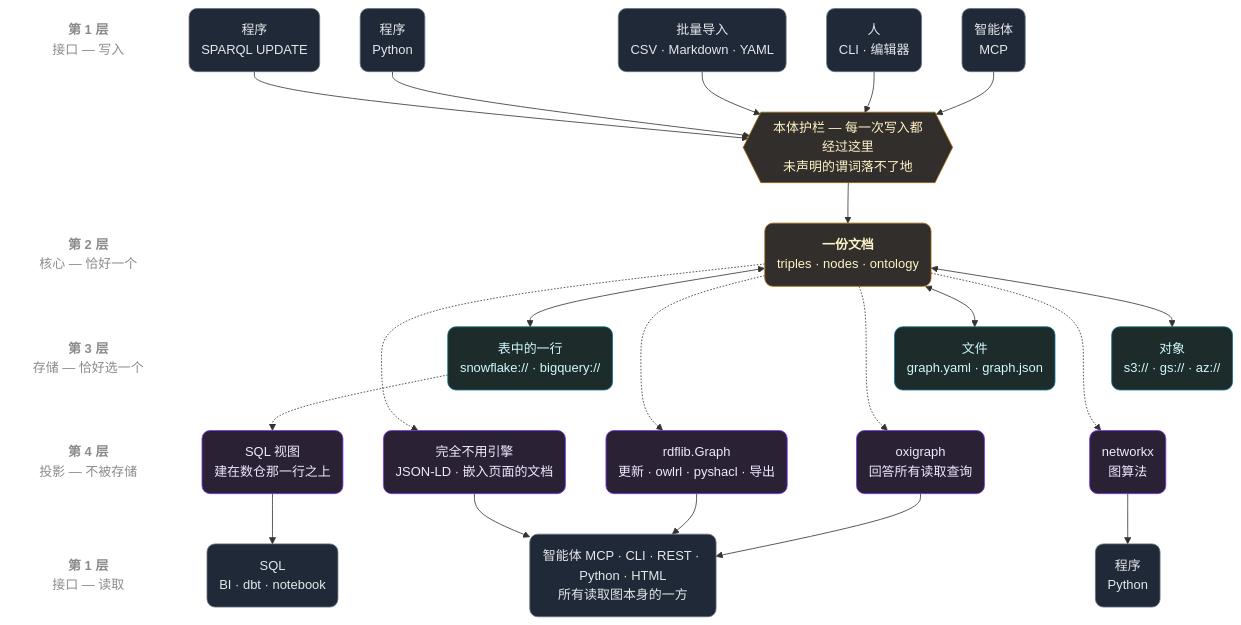
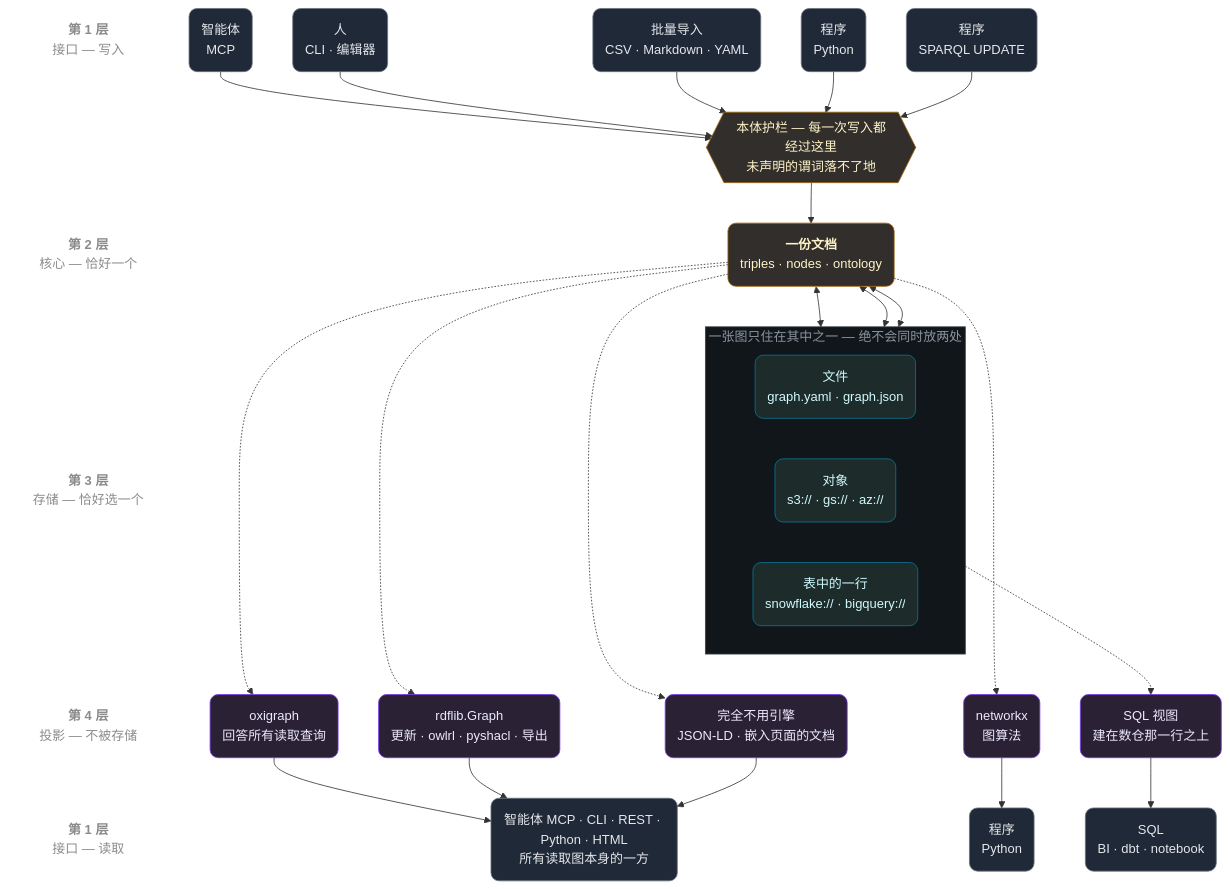
The first of 3 diagrams in docs/ARCHITECTURE_zh.md (RyutoYoda/trikedb), drawn with Mermaid before and after one commit. The commit also changed 2 other files, not shown here.

Commit message:
docs: 保存先が排他であることを図で示した。3つ全部に置くように見えていた
同じ文書から3つの箱に矢印が伸びていて、pick exactly one の
但し書きが小さかった。ymlにもSnowflakeにも置く二重管理だと
読めてしまう。3つを subgraph で囲んで「グラフはこのどれか1つに
住む — 2つに置くことはない」と書いた。英日中の3つとも。

````diff
--- a/docs/ARCHITECTURE_zh.md
+++ b/docs/ARCHITECTURE_zh.md
@@ -9,64 +9,68 @@
 ```mermaid
 flowchart TB
     LA["<b>第 1 层</b><br/>接口 — 写入"]
     LG[" "]
     LB["<b>第 2 层</b><br/>核心 — 恰好一个"]
     LC["<b>第 3 层</b><br/>存储 — 恰好选一个"]
     LD["<b>第 4 层</b><br/>投影 — 不被存储"]
     LE["<b>第 1 层</b><br/>接口 — 读取"]
     LA ~~~ LG ~~~ LB ~~~ LC ~~~ LD ~~~ LE
 
     WA("智能体<br/>MCP")
     WC("人<br/>CLI · 编辑器")
     WI("批量导入<br/>CSV · Markdown · YAML")
     WP("程序<br/>Python")
     WU("程序<br/>SPARQL UPDATE")
     G{{"本体护栏 — 每一次写入都经过这里<br/>未声明的谓词落不了地"}}
     C("<b>一份文档</b><br/>triples · nodes · ontology")
-    SF("文件<br/>graph.yaml · graph.json")
-    SO("对象<br/>s3:// · gs:// · az://")
-    SW("表中的一行<br/>snowflake:// · bigquery://")
+    subgraph pick["一张图只住在其中之一 — 绝不会同时放两处"]
+        direction LR
+        SF("文件<br/>graph.yaml · graph.json")
+        SO("对象<br/>s3:// · gs:// · az://")
+        SW("表中的一行<br/>snowflake:// · bigquery://")
+    end
     PO("oxigraph<br/>回答所有读取查询")
     PR("rdflib.Graph<br/>更新 · owlrl · pyshacl · 导出")
     PN("networkx<br/>图算法")
     PV("SQL 视图<br/>建在数仓那一行之上")
     PD("完全不用引擎<br/>JSON-LD · 嵌入页面的文档")
     RQ("智能体 MCP · CLI · REST · Python · HTML<br/>所有读取图本身的一方")
     RG("程序<br/>Python")
     RS("SQL<br/>BI · dbt · notebook")
 
     WA --> G
     WC --> G
     WI --> G
     WP --> G
     WU --> G
     G --> C
     C <--> SF
     C <--> SO
     C <--> SW
     SF ~~~ PO
     SF ~~~ PR
     SO ~~~ PN
     SW -.-> PV
     SW ~~~ PD
     C -.-> PO
     C -.-> PR
     C -.-> PN
     C -.-> PD
     PO --> RQ
     PR --> RQ
     PN --> RG
     PV --> RS
     PD --> RQ
 
+    style pick fill:#11161b,stroke:#39434b,color:#8b949e
     classDef lbl fill:none,stroke:none,color:#8b8b8b
     classDef iface fill:#1f2937,stroke:#6b7280,color:#e5e7eb,rx:10,ry:10
     classDef core fill:#312e2b,stroke:#a16207,color:#fef3c7,rx:10,ry:10
     classDef store fill:#1e2b2b,stroke:#0e7490,color:#cffafe,rx:10,ry:10
     classDef proj fill:#2a2135,stroke:#7c3aed,color:#ede9fe,rx:10,ry:10
     class LA,LG,LB,LC,LD,LE lbl
     class WA,WC,WI,WP,WU,RQ,RG,RS iface
     class C,G core
     class SF,SO,SW store
     class PO,PR,PN,PV,PD proj
 ```
````
